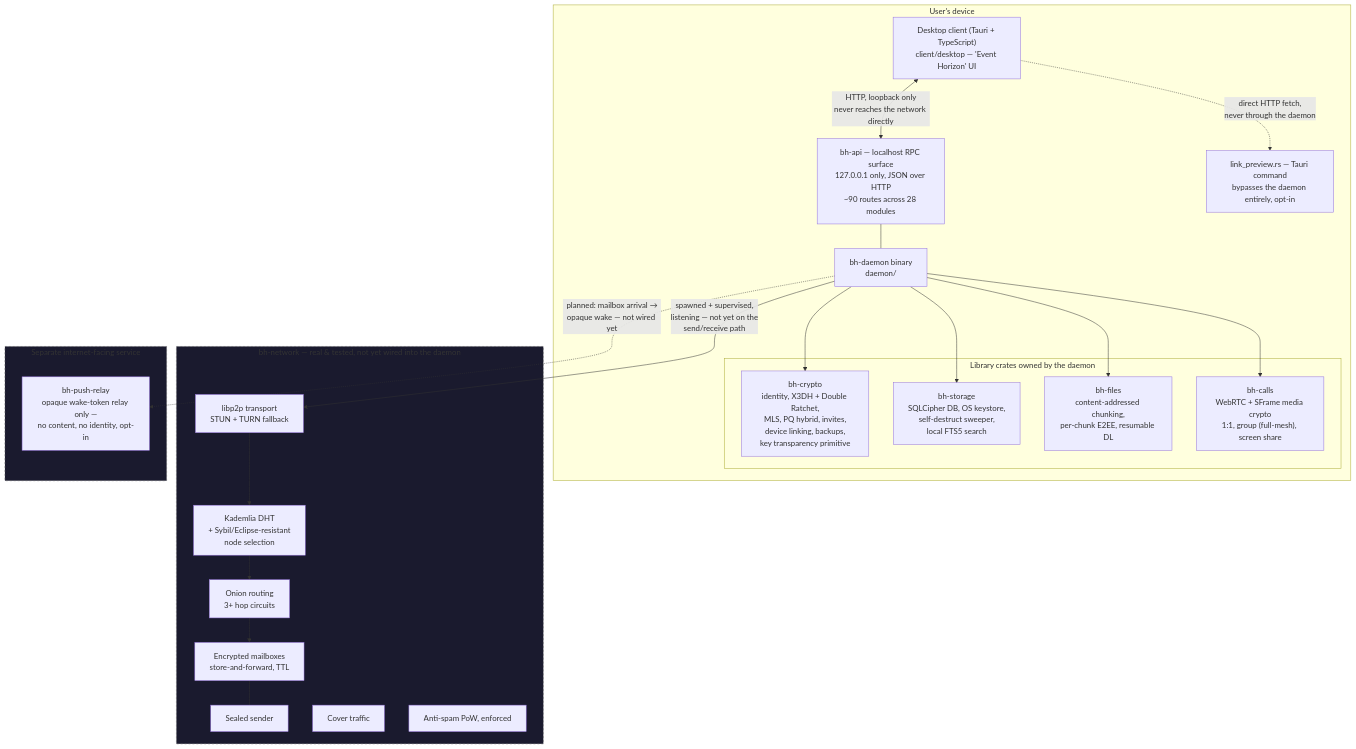
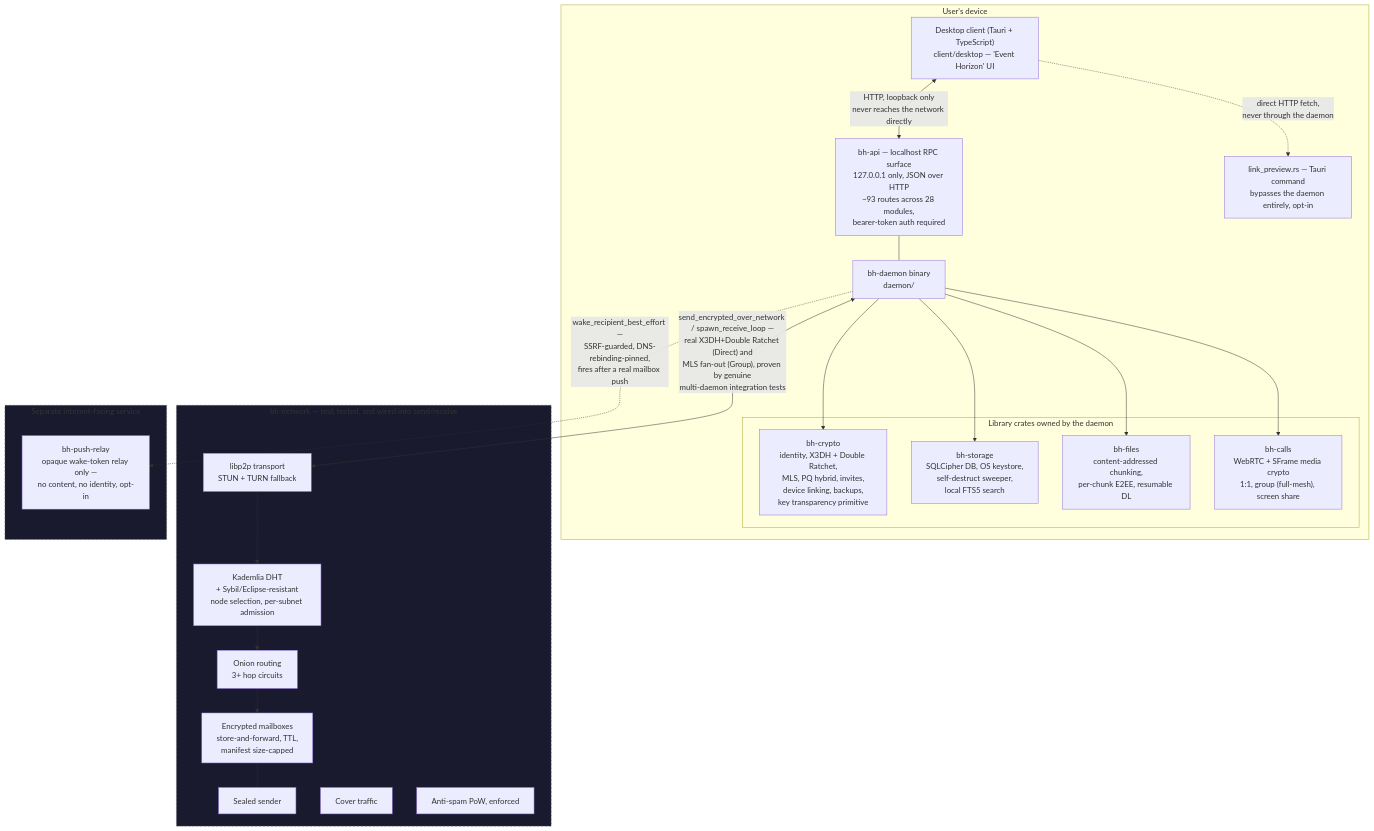
Before and after one commit to debugqz/blackhole: the first of 7 diagrams in README.md, drawn with Mermaid. The commit also changed other lines of this file and 29 other files, not shown here.

````diff
--- a/README.md
+++ b/README.md
@@ -118,52 +127,52 @@
 ```mermaid
 graph TB
     subgraph device["User's device"]
         UI["Desktop client (Tauri + TypeScript)<br/>client/desktop — 'Event Horizon' UI"]
-        API["bh-api — localhost RPC surface<br/>127.0.0.1 only, JSON over HTTP<br/>~90 routes across 28 modules"]
+        API["bh-api — localhost RPC surface<br/>127.0.0.1 only, JSON over HTTP<br/>~93 routes across 28 modules,<br/>bearer-token auth required"]
         Daemon["bh-daemon binary<br/>daemon/"]
 
         UI <-->|"HTTP, loopback only<br/>never reaches the network directly"| API
         API --- Daemon
 
         subgraph libs["Library crates owned by the daemon"]
             Crypto["bh-crypto<br/>identity, X3DH + Double Ratchet,<br/>MLS, PQ hybrid, invites,<br/>device linking, backups,<br/>key transparency primitive"]
             Storage["bh-storage<br/>SQLCipher DB, OS keystore,<br/>self-destruct sweeper,<br/>local FTS5 search"]
             Files["bh-files<br/>content-addressed chunking,<br/>per-chunk E2EE, resumable DL"]
             Calls["bh-calls<br/>WebRTC + SFrame media crypto<br/>1:1, group (full-mesh), screen share"]
         end
 
         Daemon --> Crypto
         Daemon --> Storage
         Daemon --> Files
         Daemon --> Calls
 
         LinkPreview["link_preview.rs — Tauri command<br/>bypasses the daemon entirely, opt-in"]
         UI -.->|"direct HTTP fetch,<br/>never through the daemon"| LinkPreview
     end
 
-    subgraph net["bh-network — real & tested, not yet wired into the daemon"]
+    subgraph net["bh-network — real, tested, and wired into send/receive"]
         Transport["libp2p transport<br/>STUN + TURN fallback"]
-        DHT["Kademlia DHT<br/>+ Sybil/Eclipse-resistant<br/>node selection"]
+        DHT["Kademlia DHT<br/>+ Sybil/Eclipse-resistant<br/>node selection, per-subnet admission"]
         Onion["Onion routing<br/>3+ hop circuits"]
-        Mailbox["Encrypted mailboxes<br/>store-and-forward, TTL"]
+        Mailbox["Encrypted mailboxes<br/>store-and-forward, TTL,<br/>manifest size-capped"]
         Sealed["Sealed sender"]
         Cover["Cover traffic"]
         PoW["Anti-spam PoW, enforced"]
 
         Transport --> DHT
         DHT --> Onion
         Onion --> Mailbox
         Mailbox --- Sealed
     end
 
-    Daemon -->|"spawned + supervised,<br/>listening — not yet on the<br/>send/receive path"| Transport
+    Daemon <-->|"send_encrypted_over_network / spawn_receive_loop —<br/>real X3DH+Double Ratchet (Direct) and<br/>MLS fan-out (Group), proven by genuine<br/>multi-daemon integration tests"| Transport
 
     subgraph relay["Separate internet-facing service"]
         PushRelay["bh-push-relay<br/>opaque wake-token relay only —<br/>no content, no identity, opt-in"]
     end
 
-    Daemon -.->|"planned: mailbox arrival →<br/>opaque wake — not wired yet"| PushRelay
+    Daemon -.->|"wake_recipient_best_effort —<br/>SSRF-guarded, DNS-rebinding-pinned,<br/>fires after a real mailbox push"| PushRelay
 
     style net fill:#1a1a2e,stroke:#666,stroke-dasharray: 4 4
     style relay fill:#1a1a2e,stroke:#666,stroke-dasharray: 4 4
 ```
````
